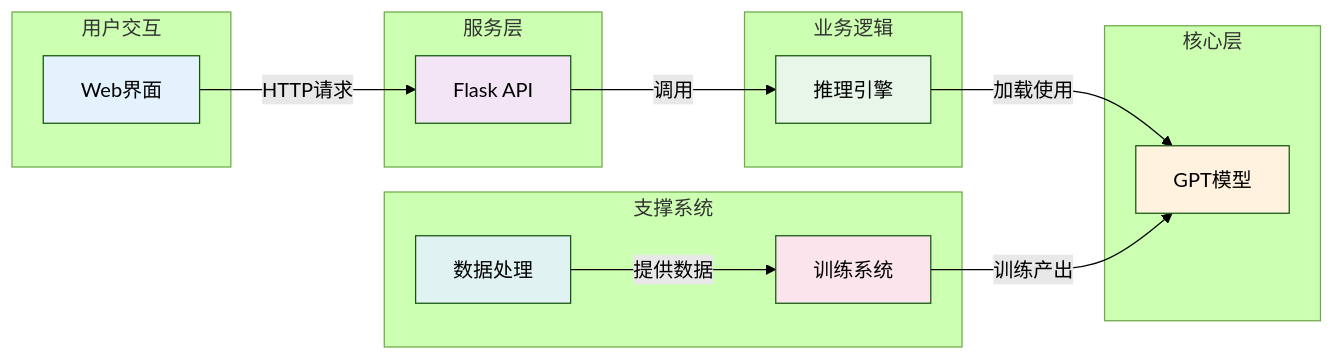
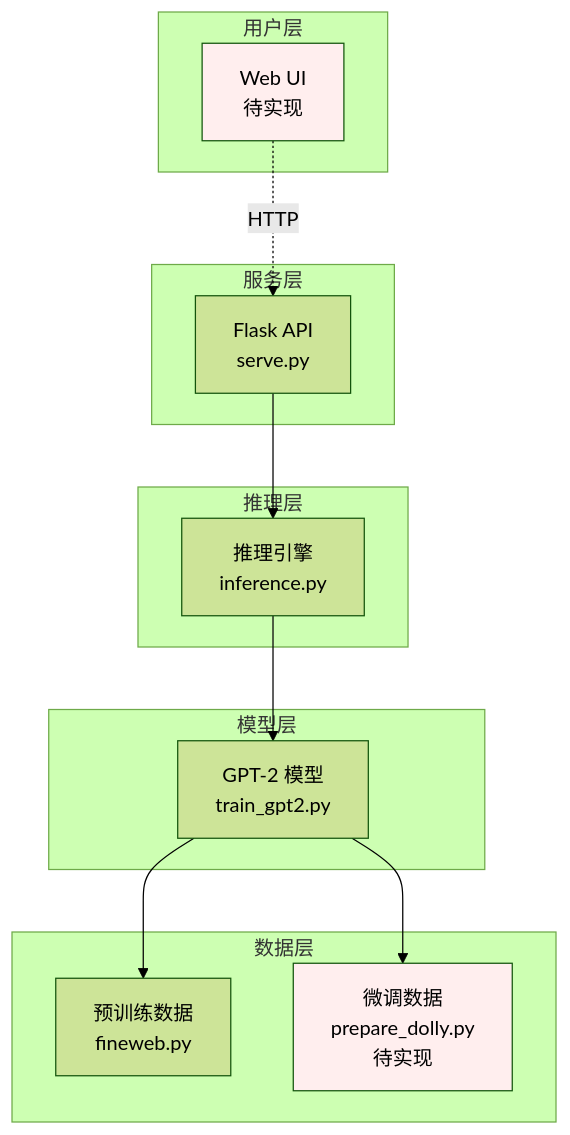
One commit to CeciliaGuo331/nano-gpt changed the first of 3 diagrams in docs/ARCHITECTURE.md. Above: the diagram before and after it, drawn with Mermaid (forest theme). The commit also changed other lines of this file and 12 other files, not shown here.

````diff
--- a/docs/ARCHITECTURE.md
+++ b/docs/ARCHITECTURE.md
@@ -117,36 +5,32 @@
 ```mermaid
-graph LR
-    subgraph "用户交互"
-        UI[Web界面]
+graph TB
+    subgraph "用户层"
+        A[Web UI<br/>待实现]
     end
     
     subgraph "服务层"
-        API[Flask API]
+        B[Flask API<br/>serve.py]
     end
     
-    subgraph "业务逻辑"
-        INF[推理引擎]
+    subgraph "推理层"
+        C[推理引擎<br/>inference.py]
     end
     
-    subgraph "核心层"
-        MODEL[GPT模型]
+    subgraph "模型层"
+        D[GPT-2 模型<br/>train_gpt2.py]
     end
     
-    subgraph "支撑系统"
-        TRAIN[训练系统]
-        DATA[数据处理]
+    subgraph "数据层"
+        E1[预训练数据<br/>fineweb.py]
+        E2[微调数据<br/>prepare_dolly.py<br/>待实现]
     end
     
-    UI -->|HTTP请求| API
-    API -->|调用| INF
-    INF -->|加载使用| MODEL
-    TRAIN -->|训练产出| MODEL
-    DATA -->|提供数据| TRAIN
+    A -.->|HTTP| B
+    B --> C
+    C --> D
+    D --> E1
+    D --> E2
     
-    style UI fill:#e3f2fd
-    style API fill:#f3e5f5
-    style INF fill:#e8f5e9
-    style MODEL fill:#fff3e0
-    style TRAIN fill:#fce4ec
-    style DATA fill:#e0f2f1
+    style A fill:#fee
+    style E2 fill:#fee
 ```
````
